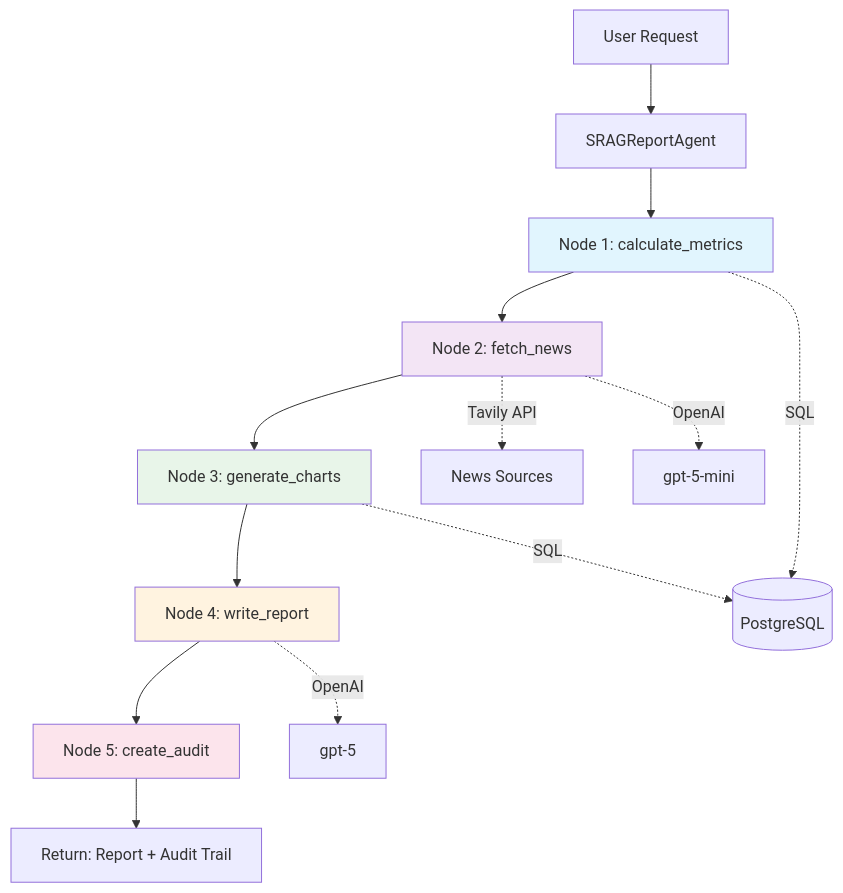
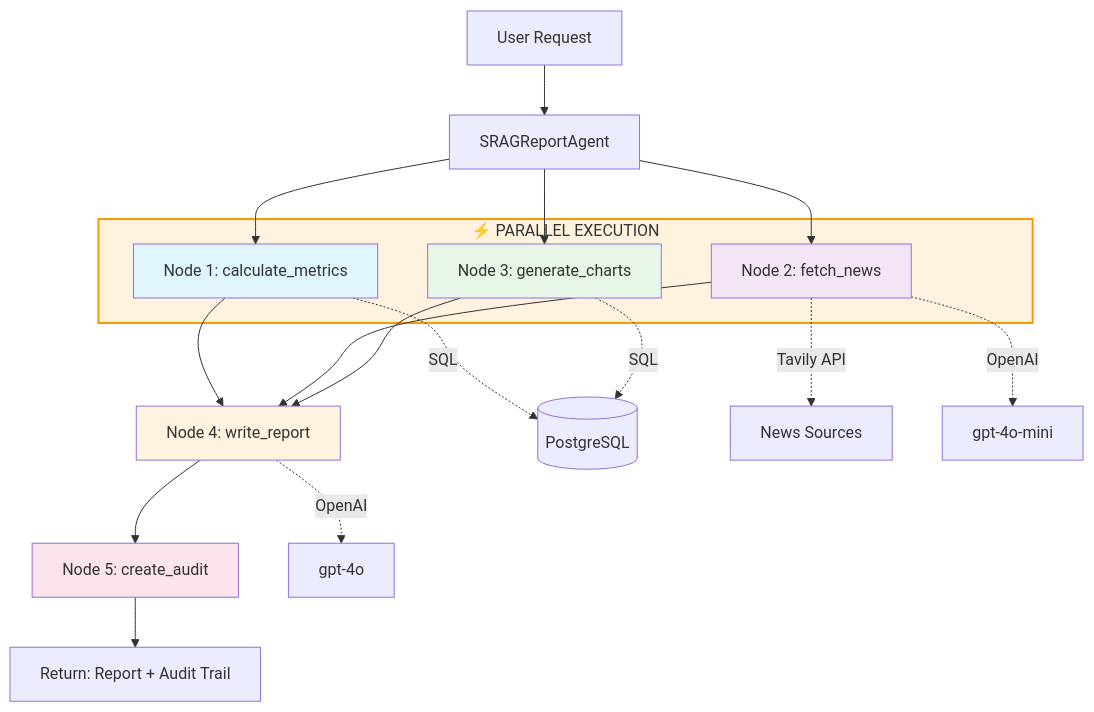
One commit to guinacio/srag-analytics changed the diagram in README.md. Above: the diagram before and after it, drawn with Mermaid. The commit also changed other lines of this file, not shown here.

Commit message:
Enhance README.md to detail the parallel execution workflow in LangGraph, including fan-out and fan-in patterns. Updated node descriptions to reflect concurrent processing and improved performance metrics.

````diff
--- a/README.md
+++ b/README.md
@@ -59,22 +59,31 @@
 ```mermaid
 graph TD
     A[User Request] --> B[SRAGReportAgent];
     B --> C[Node 1: calculate_metrics];
-    C --> D[Node 2: fetch_news];
-    D --> E[Node 3: generate_charts];
-    E --> F[Node 4: write_report];
+    B --> D[Node 2: fetch_news];
+    B --> E[Node 3: generate_charts];
+    C --> F[Node 4: write_report];
+    D --> F;
+    E --> F;
     F --> G[Node 5: create_audit];
     G --> H[Return: Report + Audit Trail];
 
     C -.SQL.-> DB[(PostgreSQL)];
     D -.Tavily API.-> News[News Sources];
-    D -.OpenAI.-> LLM1[gpt-5-mini];
+    D -.OpenAI.-> LLM1[gpt-4o-mini];
     E -.SQL.-> DB;
-    F -.OpenAI.-> LLM2[gpt-5];
+    F -.OpenAI.-> LLM2[gpt-4o];
+
+    subgraph parallel [" ⚡ PARALLEL EXECUTION"]
+        C
+        D
+        E
+    end
 
     style C fill:#e1f5fe
     style D fill:#f3e5f5
     style E fill:#e8f5e9
     style F fill:#fff3e0
     style G fill:#fce4ec
+    style parallel fill:#fff3e0,stroke:#ff9800,stroke-width:2px
 ```
````
